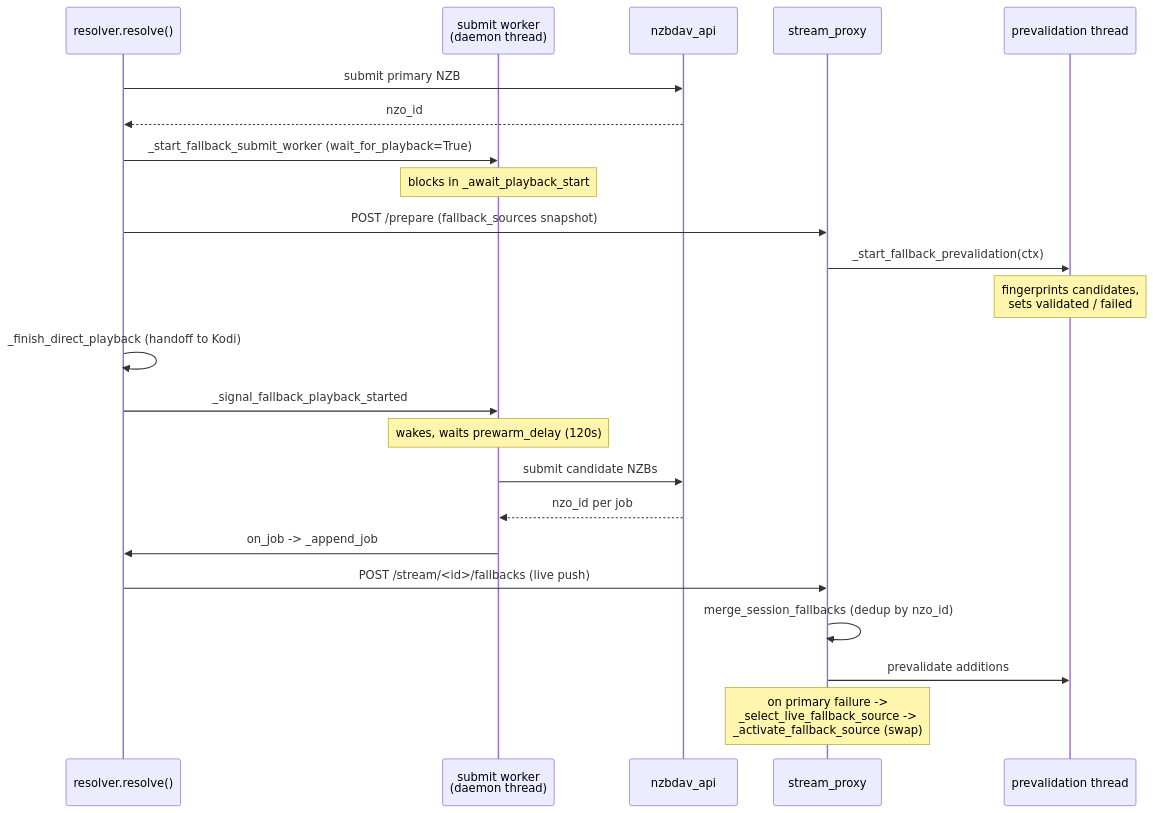
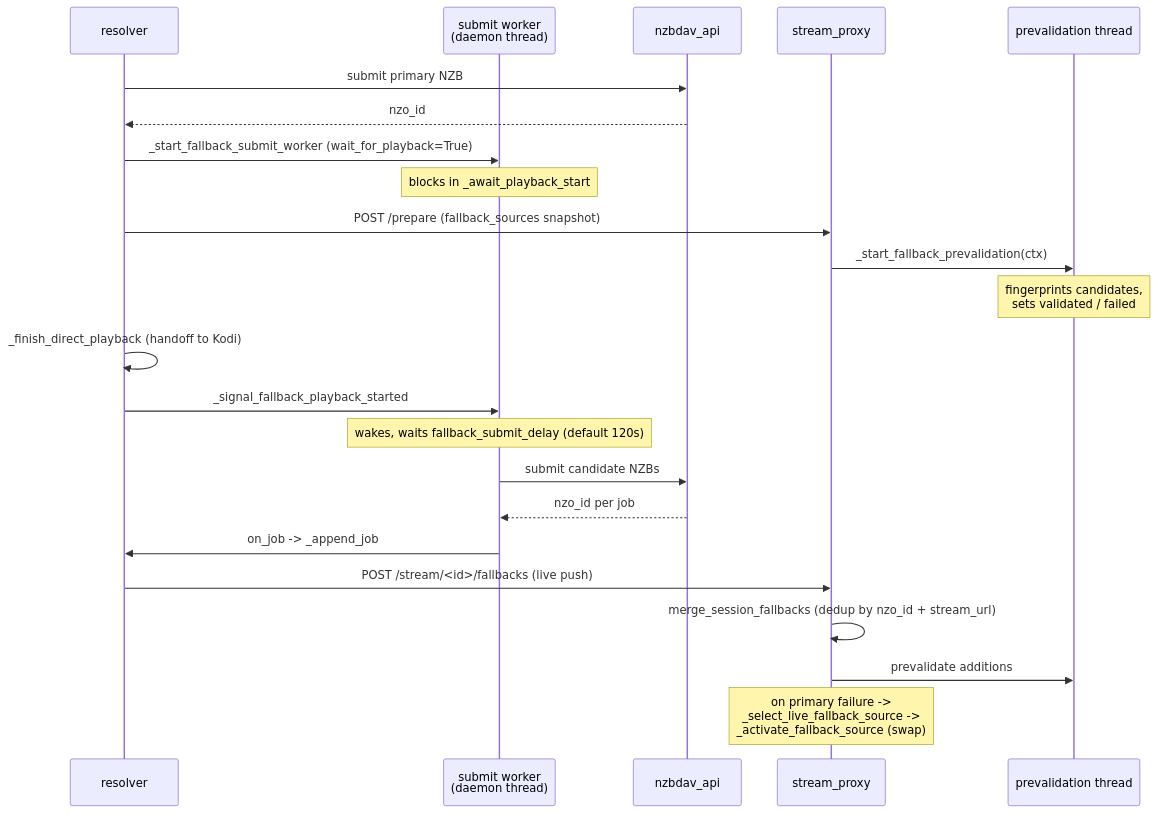
The second of 2 diagrams in FALLBACK_INFO.md (Appz4Fun/nzbdavkodi), drawn with Mermaid before and after one commit. The commit also changed other lines of this file and 7 other files, not shown here.

````diff
--- a/FALLBACK_INFO.md
+++ b/FALLBACK_INFO.md
@@ -57,26 +71,26 @@
 ```mermaid
 sequenceDiagram
-    participant R as resolver.resolve()
+    participant R as resolver
     participant W as submit worker<br/>(daemon thread)
     participant API as nzbdav_api
     participant P as stream_proxy
     participant PV as prevalidation thread
 
     R->>API: submit primary NZB
     API-->>R: nzo_id
     R->>W: _start_fallback_submit_worker (wait_for_playback=True)
     Note over W: blocks in _await_playback_start
     R->>P: POST /prepare (fallback_sources snapshot)
     P->>PV: _start_fallback_prevalidation(ctx)
     Note over PV: fingerprints candidates,<br/>sets validated / failed
     R->>R: _finish_direct_playback (handoff to Kodi)
     R->>W: _signal_fallback_playback_started
-    Note over W: wakes, waits prewarm_delay (120s)
+    Note over W: wakes, waits fallback_submit_delay (default 120s)
     W->>API: submit candidate NZBs
     API-->>W: nzo_id per job
     W->>R: on_job -> _append_job
     R->>P: POST /stream/<id>/fallbacks (live push)
-    P->>P: merge_session_fallbacks (dedup by nzo_id)
+    P->>P: merge_session_fallbacks (dedup by nzo_id + stream_url)
     P->>PV: prevalidate additions
     Note over P: on primary failure -><br/>_select_live_fallback_source -><br/>_activate_fallback_source (swap)
 ```
````
